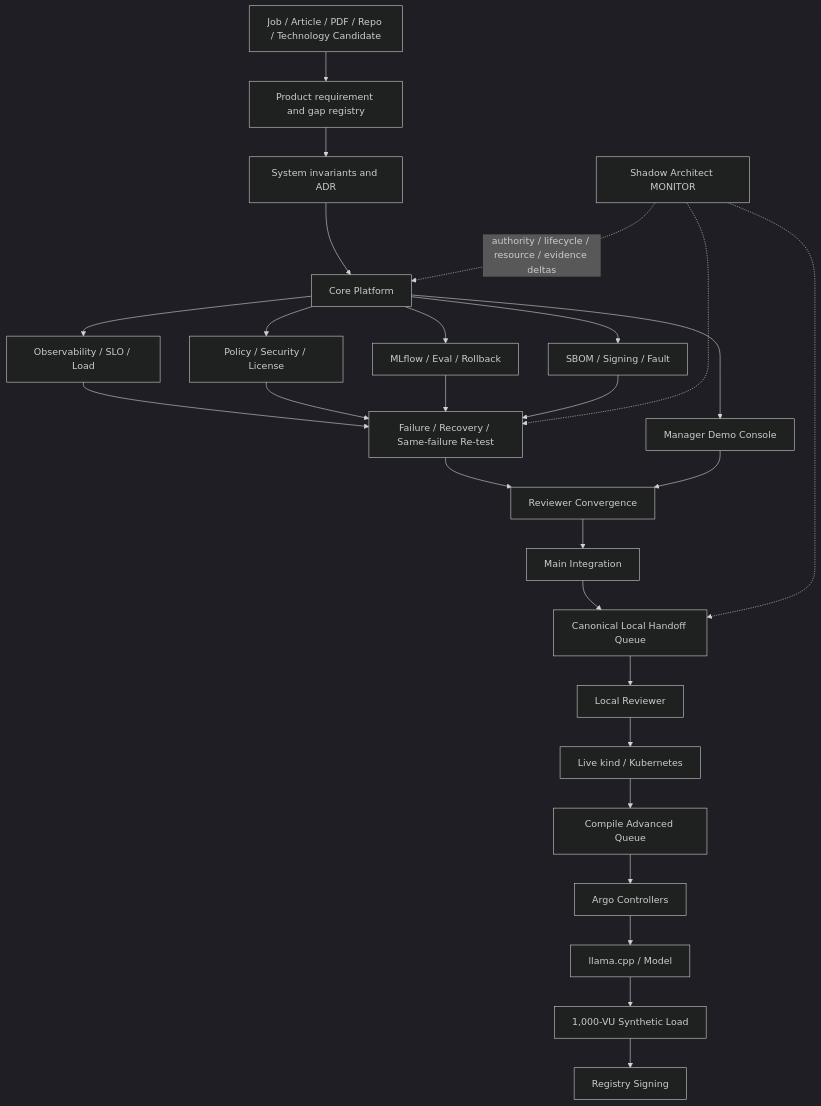
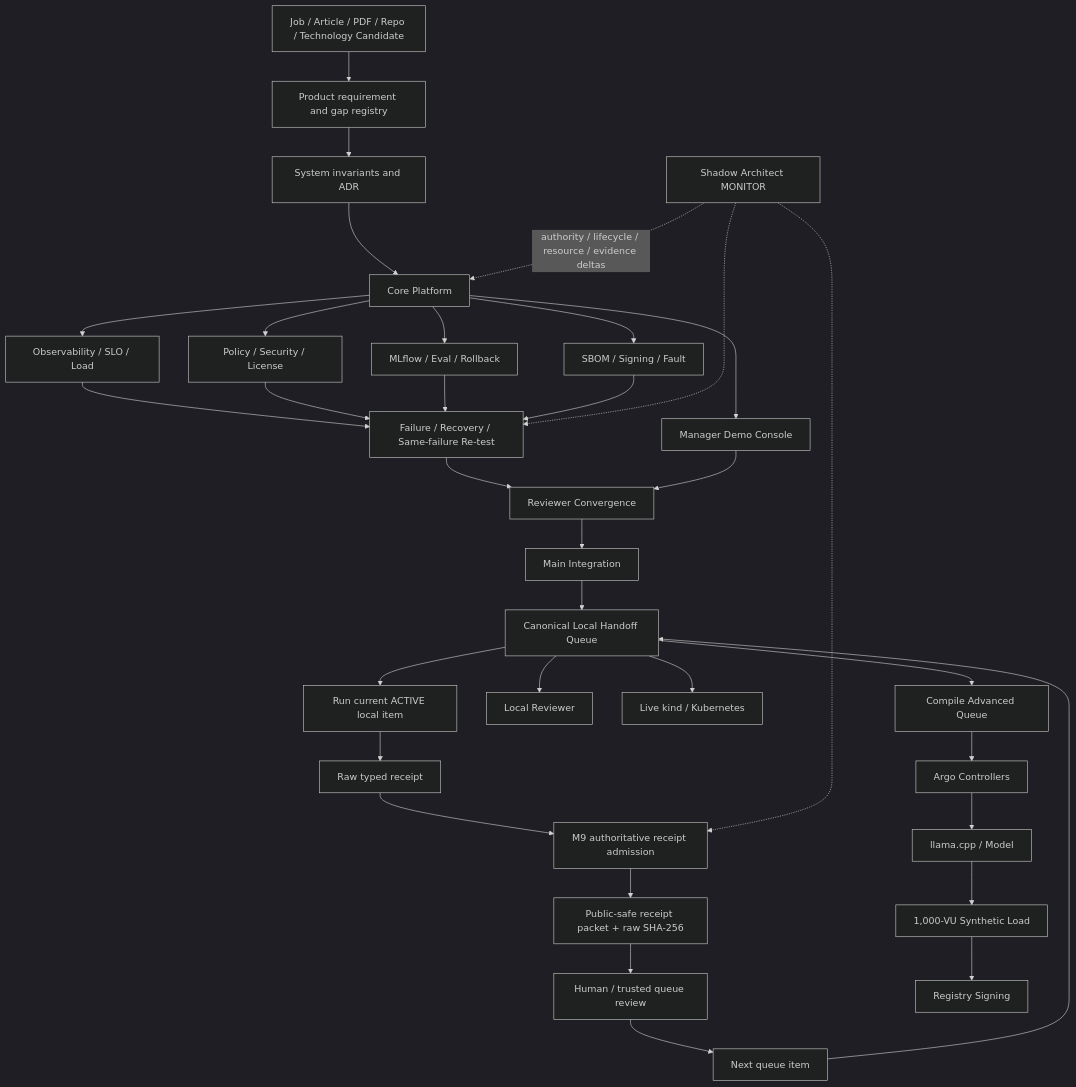
One commit to ed3c/DevOps-Manager-Notes changed the diagram in README.md. Above: the diagram before and after it, drawn with Mermaid (dark theme). The commit also changed other lines of this file, not shown here.

Commit message:
docs: route M9 receipt admission through README State Machine

````diff
--- a/README.md
+++ b/README.md
@@ -167,36 +187,43 @@
 ```mermaid
 flowchart TD
     JOB[Job / Article / PDF / Repo / Technology Candidate]
       --> PRODUCT[Product requirement and gap registry]
     PRODUCT --> CONTRACT[System invariants and ADR]
     CONTRACT --> CORE[Core Platform]
 
     CORE --> OBS[Observability / SLO / Load]
     CORE --> SEC[Policy / Security / License]
     CORE --> MLOPS[MLflow / Eval / Rollback]
     CORE --> UI[Manager Demo Console]
     CORE --> SUPPLY[SBOM / Signing / Fault]
 
     OBS --> RECOVERY[Failure / Recovery / Same-failure Re-test]
     SEC --> RECOVERY
     MLOPS --> RECOVERY
     SUPPLY --> RECOVERY
-
     RECOVERY --> REVIEWER[Reviewer Convergence]
     UI --> REVIEWER
     REVIEWER --> MAIN[Main Integration]
-    MAIN --> HANDOFF[Canonical Local Handoff Queue]
+    MAIN --> QUEUE[Canonical Local Handoff Queue]
 
-    HANDOFF --> LOCAL_REVIEWER[Local Reviewer]
-    LOCAL_REVIEWER --> KIND[Live kind / Kubernetes]
-    KIND --> COMPILE[Compile Advanced Queue]
+    QUEUE --> RUN[Run current ACTIVE local item]
+    RUN --> RAW[Raw typed receipt]
+    RAW --> ADMIT[M9 authoritative receipt admission]
+    ADMIT --> PACKET[Public-safe receipt packet + raw SHA-256]
+    PACKET --> HUMAN[Human / trusted queue review]
+    HUMAN --> NEXT[Next queue item]
+    NEXT --> QUEUE
+
+    QUEUE --> LOCALREVIEWER[Local Reviewer]
+    QUEUE --> KIND[Live kind / Kubernetes]
+    QUEUE --> COMPILE[Compile Advanced Queue]
     COMPILE --> ARGO[Argo Controllers]
     ARGO --> MODEL[llama.cpp / Model]
     MODEL --> LOAD[1,000-VU Synthetic Load]
     LOAD --> SIGN[Registry Signing]
 
     SHADOW[Shadow Architect MONITOR]
       -. authority / lifecycle / resource / evidence deltas .-> CORE
     SHADOW -.-> RECOVERY
-    SHADOW -.-> HANDOFF
+    SHADOW -.-> ADMIT
 ```
````
